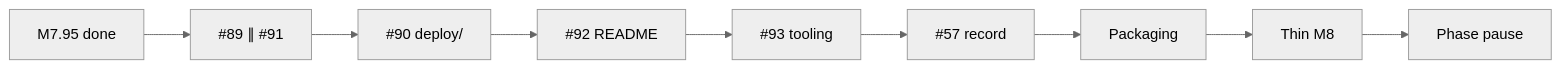
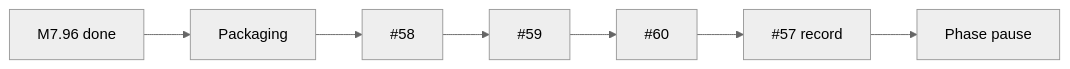
One commit to RoxanaTapia/ai-doc-to-chat-pipeline changed the diagram in docs/operators/PROJECT-DIRECTION.md. Above: the diagram before and after it, drawn with Mermaid (neutral theme). The commit also changed other lines of this file and 7 other files, not shown here.

````diff
--- a/docs/operators/PROJECT-DIRECTION.md
+++ b/docs/operators/PROJECT-DIRECTION.md
@@ -134,11 +146,9 @@
 ```mermaid
 flowchart LR
-  A["M7.95 done"] --> B["#89 ∥ #91"]
-  B --> C["#90 deploy/"]
-  C --> D["#92 README"]
-  D --> E["#93 tooling"]
+  A["M7.96 done"] --> B[Packaging]
+  B --> C["#58"]
+  C --> D["#59"]
+  D --> E["#60"]
   E --> F["#57 record"]
-  F --> G[Packaging]
-  G --> H[Thin M8]
-  H --> I[Phase pause]
+  F --> G[Phase pause]
 ```
````
